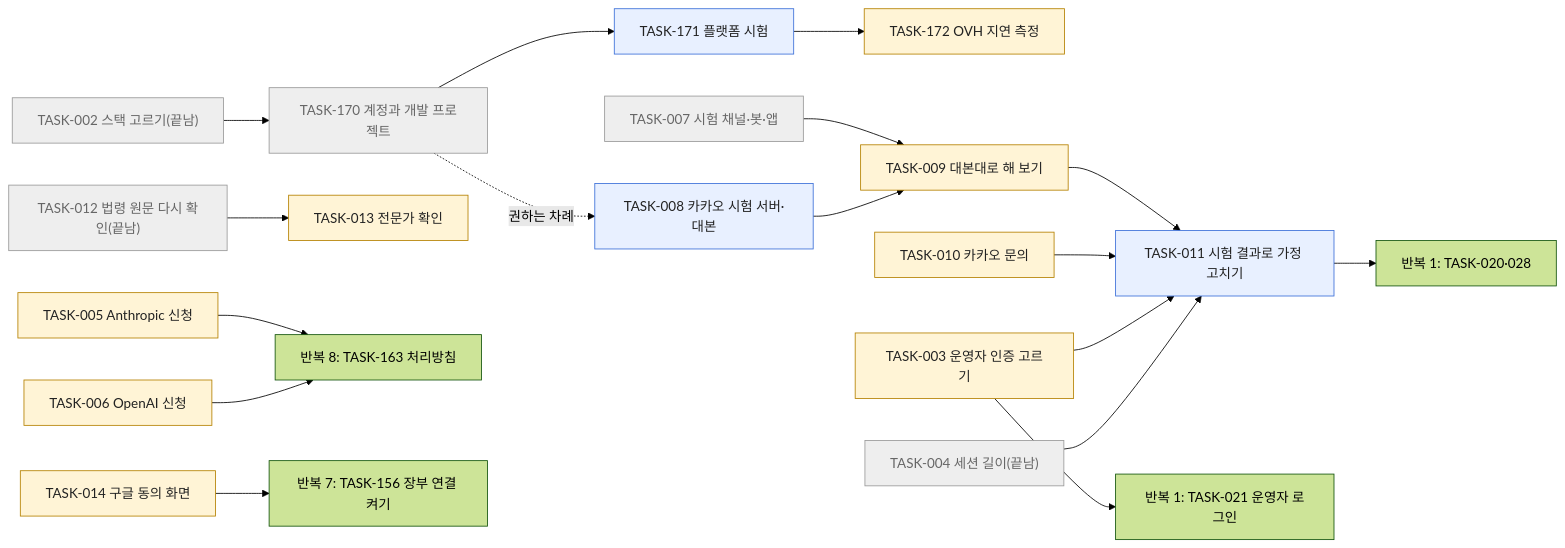
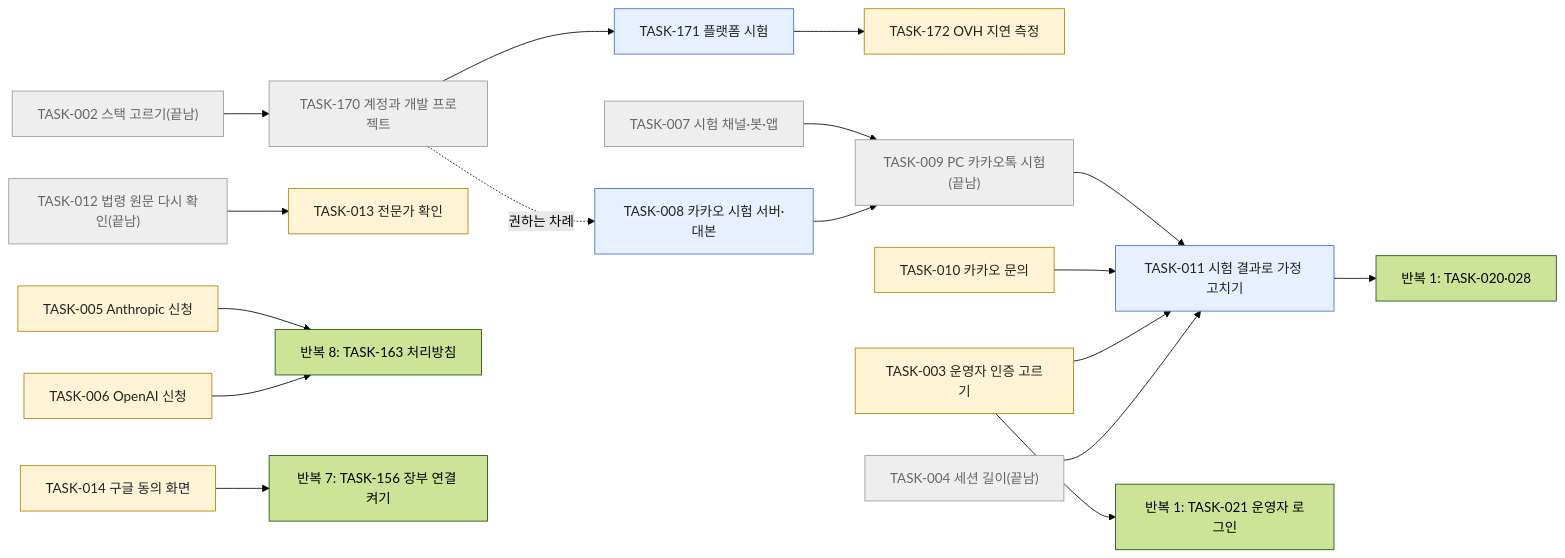
Before and after one commit to kodonghui/siljang.ai: the diagram in docs/10-wbs/iteration-0-guide.md, drawn with Mermaid (forest theme). The commit also changed other lines of this file and 8 other files, not shown here.

Commit message:
docs(TASK-009): PC 카카오톡 친구·후기·로그인 확인 완료 (#116)

````diff
--- a/docs/10-wbs/iteration-0-guide.md
+++ b/docs/10-wbs/iteration-0-guide.md
@@ -35,22 +35,22 @@
 ```mermaid
 flowchart LR
   classDef dh fill:#fff4d6,stroke:#b58100,color:#222222
   classDef cl fill:#e8f0ff,stroke:#3b6fd8,color:#222222
   classDef done fill:#eeeeee,stroke:#999999,color:#666666
   T002["TASK-002 스택 고르기(끝남)"]:::done --> T170["TASK-170 계정과 개발 프로젝트"]:::done
   T170 --> T171["TASK-171 플랫폼 시험"]:::cl
   T171 --> T172["TASK-172 OVH 지연 측정"]:::dh
   T170 -.->|권하는 차례| T008["TASK-008 카카오 시험 서버·대본"]:::cl
-  T007["TASK-007 시험 채널·봇·앱"]:::done --> T009["TASK-009 대본대로 해 보기"]:::dh
+  T007["TASK-007 시험 채널·봇·앱"]:::done --> T009["TASK-009 PC 카카오톡 시험(끝남)"]:::done
   T008 --> T009
   T009 --> T011["TASK-011 시험 결과로 가정 고치기"]:::cl
   T010["TASK-010 카카오 문의"]:::dh --> T011
   T003["TASK-003 운영자 인증 고르기"]:::dh --> T011
   T004["TASK-004 세션 길이(끝남)"]:::done --> T011
   T011 --> R1["반복 1: TASK-020·028"]
   T003 --> T021["반복 1: TASK-021 운영자 로그인"]
   T012["TASK-012 법령 원문 다시 확인(끝남)"]:::done --> T013["TASK-013 전문가 확인"]:::dh
   T005["TASK-005 Anthropic 신청"]:::dh --> T163["반복 8: TASK-163 처리방침"]
   T006["TASK-006 OpenAI 신청"]:::dh --> T163
   T014["TASK-014 구글 동의 화면"]:::dh --> T156["반복 7: TASK-156 장부 연결 켜기"]
 ```
````
